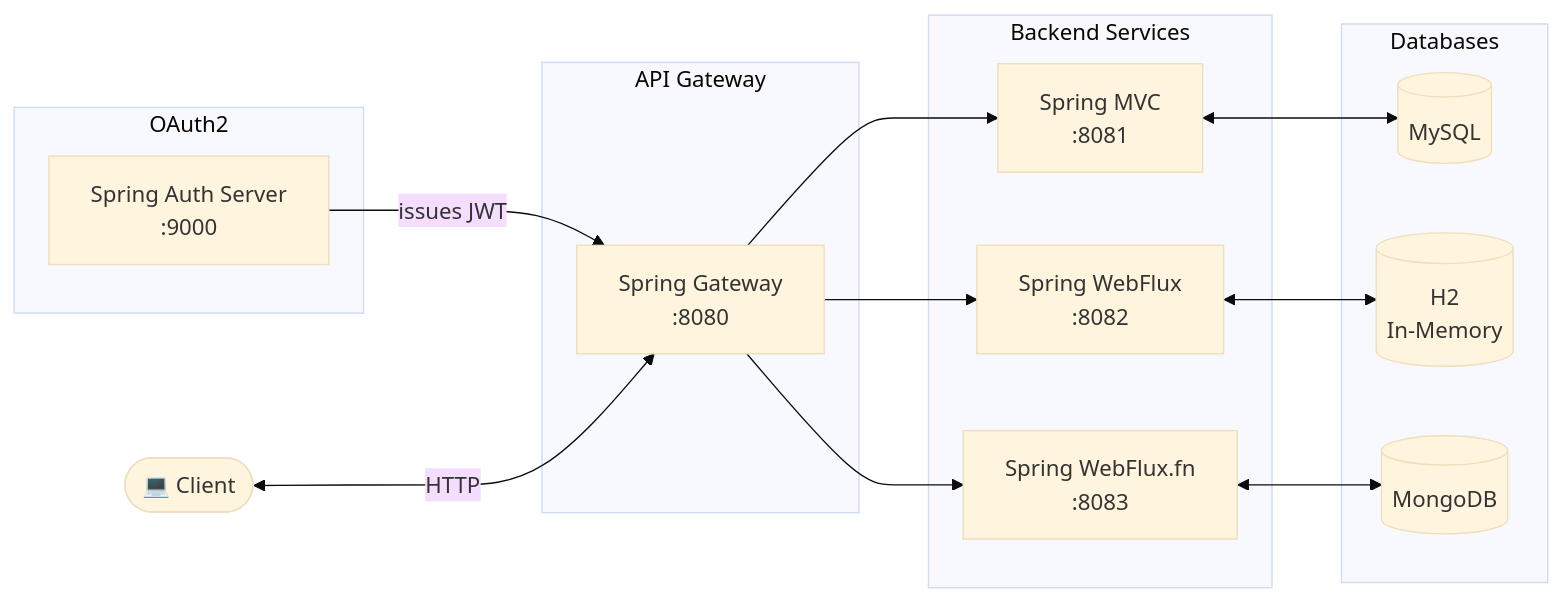
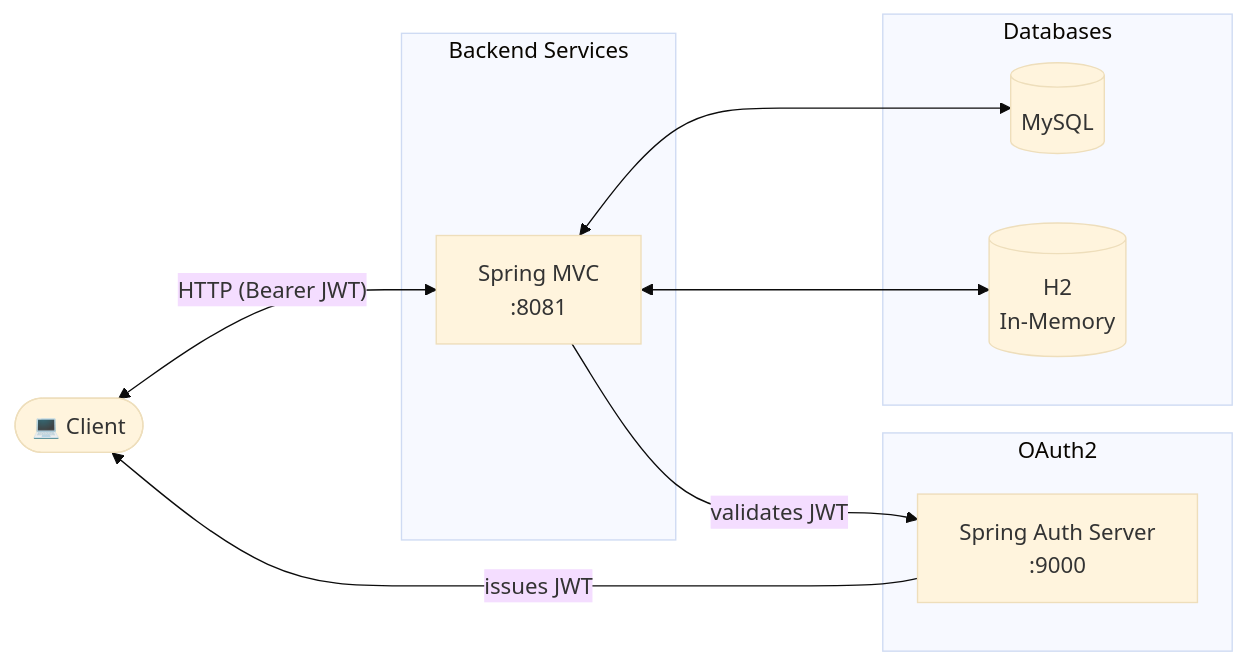
Before and after one commit to dboeckli/spring-6-rest-mvc: the first of 2 diagrams in README.md, drawn with Mermaid (base theme).

Commit message:
improve architecture diagramm by removing unnecessary subgraphs

````diff
--- a/README.md
+++ b/README.md
@@ -8,33 +8,23 @@
 ```mermaid
 graph LR
     Client(["💻 Client"])
 
     subgraph Auth ["OAuth2"]
         AuthServer["Spring Auth Server\n:9000"]
     end
 
-    subgraph Gateway ["API Gateway"]
-        GW["Spring Gateway\n:8080"]
-    end
-
     subgraph Backends ["Backend Services"]
         MVC["Spring MVC\n:8081"]
-        WebFlux["Spring WebFlux\n:8082"]
-        WebFluxFn["Spring WebFlux.fn\n:8083"]
     end
 
     subgraph Databases ["Databases"]
         MySQL[("MySQL")]
         H2[("H2\nIn-Memory")]
-        Mongo[("MongoDB")]
     end
 
-    AuthServer -->|"issues JWT"| GW
-    Client <-->|"HTTP"| GW
-    GW --> MVC
-    GW --> WebFlux
-    GW --> WebFluxFn
+    AuthServer -->|"issues JWT"| Client
+    Client <-->|"HTTP (Bearer JWT)"| MVC
+    MVC -->|"validates JWT"| AuthServer
     MVC <--> MySQL
-    WebFlux <--> H2
-    WebFluxFn <--> Mongo
+    MVC <--> H2
 ```
````
